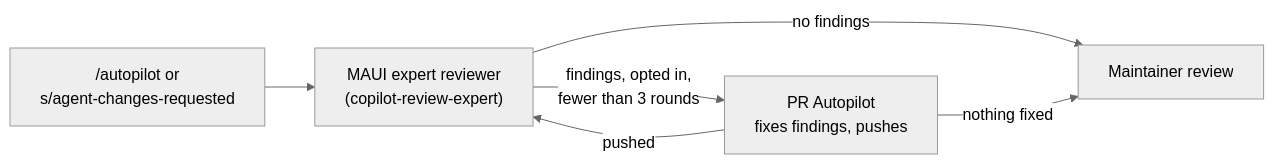
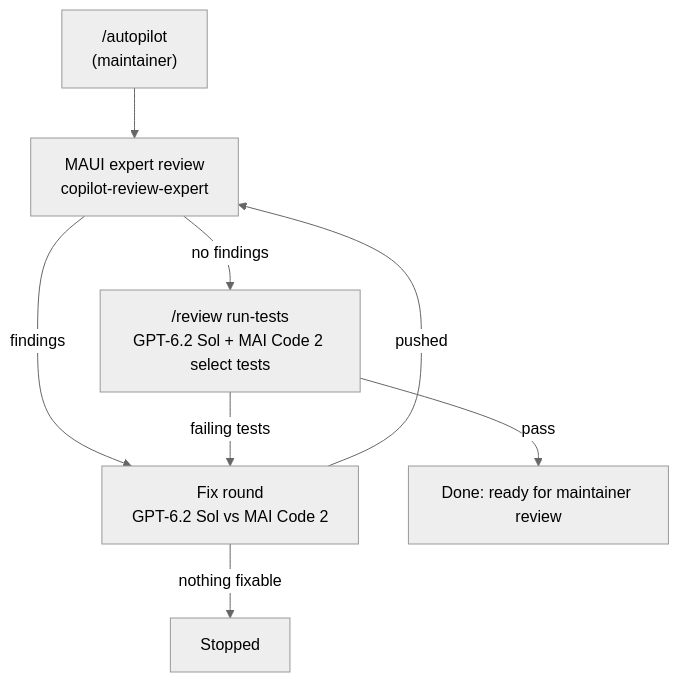
The diagram in .github/docs/pr-autopilot.md (kubaflo/maui), drawn with Mermaid (neutral theme) before and after one commit. The commit also changed other lines of this file and 11 other files, not shown here.

````diff
--- a/.github/docs/pr-autopilot.md
+++ b/.github/docs/pr-autopilot.md
@@ -12,8 +13,10 @@
 ```mermaid
-flowchart LR
-    S["/autopilot or<br/>s/agent-changes-requested"] --> R["MAUI expert reviewer<br/>(copilot-review-expert)"]
-    R -- "findings, opted in,<br/>fewer than 3 rounds" --> F["PR Autopilot<br/>fixes findings, pushes"]
+flowchart TD
+    A["/autopilot<br/>(maintainer)"] --> R["MAUI expert review<br/>copilot-review-expert"]
+    R -- "findings" --> F["Fix round<br/>GPT-6.2 Sol vs MAI Code 2"]
     F -- "pushed" --> R
-    R -- "no findings" --> M["Maintainer review"]
-    F -- "nothing fixed" --> M
+    R -- "no findings" --> T["/review run-tests<br/>GPT-6.2 Sol + MAI Code 2 select tests"]
+    T -- "failing tests" --> F
+    T -- "pass" --> D["Done: ready for maintainer review"]
+    F -- "nothing fixable" --> S["Stopped"]
 ```
````
